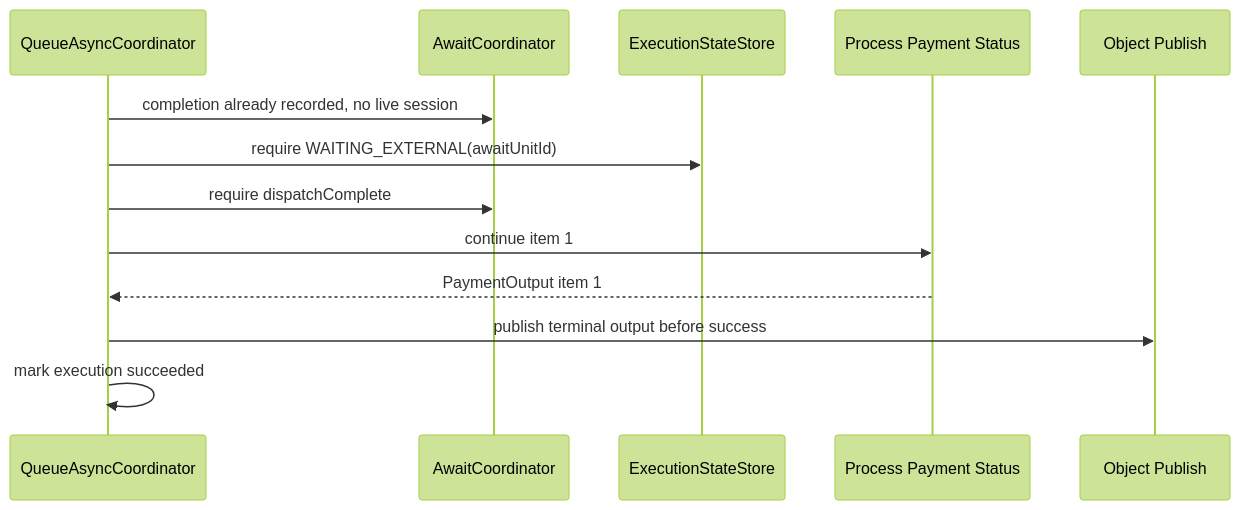
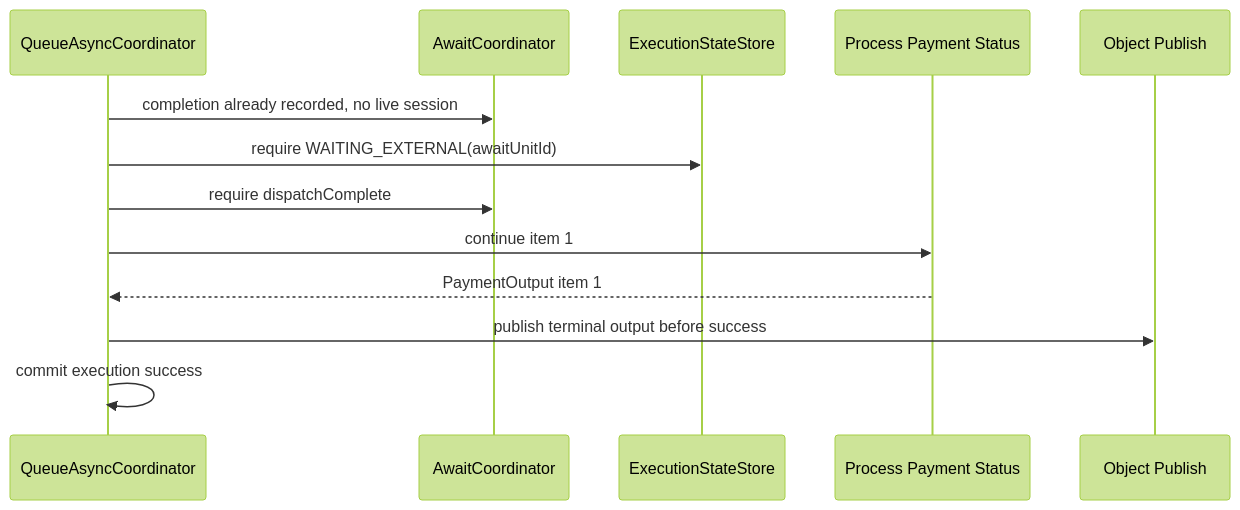
Before and after one commit to The-Pipeline-Framework/pipelineframework: the fifth of 7 diagrams in docs/evolve/await-unit-runtime/sequences.md, drawn with Mermaid (forest theme). The commit also changed other lines of this file and 14 other files, not shown here.

````diff
--- a/docs/evolve/await-unit-runtime/sequences.md
+++ b/docs/evolve/await-unit-runtime/sequences.md
@@ -155,16 +155,16 @@
 ```mermaid
 sequenceDiagram
     participant Queue as QueueAsyncCoordinator
     participant AwaitCoord as AwaitCoordinator
     participant ExecStore as ExecutionStateStore
     participant Status as Process Payment Status
     participant Publish as Object Publish
 
     Queue->>AwaitCoord: completion already recorded, no live session
     Queue->>ExecStore: require WAITING_EXTERNAL(awaitUnitId)
     Queue->>AwaitCoord: require dispatchComplete
     Queue->>Status: continue item 1
     Status-->>Queue: PaymentOutput item 1
     Queue->>Publish: publish terminal output before success
-    Queue->>Queue: mark execution succeeded
+    Queue->>Queue: commit execution success
 ```
````
